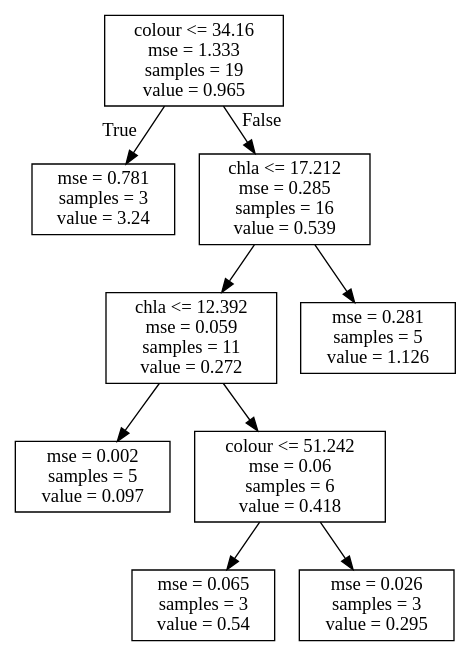
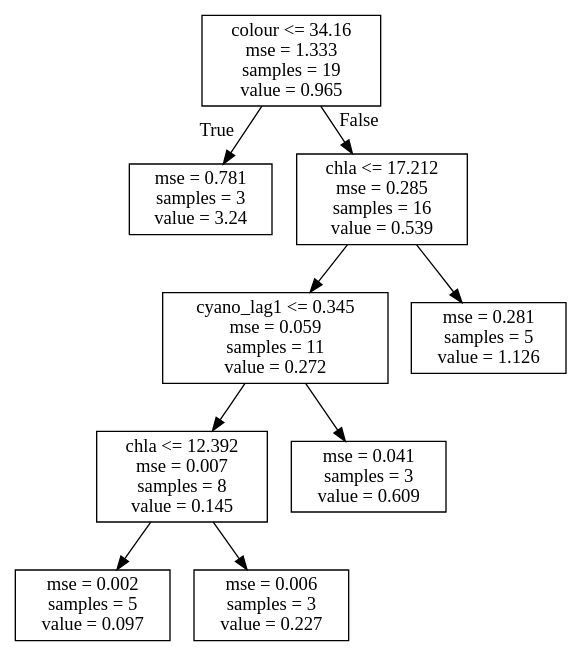
One commit to icra/WATExR changed the diagram in Norway_Morsa/Model_Development/Figures/Discretization_regTrees/AllVarsTogether/DotFiles/aut_Cyano.dot. Above: the diagram before and after it, drawn with Graphviz. The commit also changed 3 other files, not shown here.

```diff
--- a/Norway_Morsa/Model_Development/Figures/Discretization_regTrees/AllVarsTogether/DotFiles/aut_Cyano.dot
+++ b/Norway_Morsa/Model_Development/Figures/Discretization_regTrees/AllVarsTogether/DotFiles/aut_Cyano.dot
@@ -1,20 +1,20 @@
 digraph Tree {
 node [shape=box] ;
 0 [label="colour <= 34.16\nmse = 1.333\nsamples = 19\nvalue = 0.965"] ;
 1 [label="mse = 0.781\nsamples = 3\nvalue = 3.24"] ;
 0 -> 1 [labeldistance=2.5, labelangle=45, headlabel="True"] ;
 2 [label="chla <= 17.212\nmse = 0.285\nsamples = 16\nvalue = 0.539"] ;
 0 -> 2 [labeldistance=2.5, labelangle=-45, headlabel="False"] ;
-3 [label="chla <= 12.392\nmse = 0.059\nsamples = 11\nvalue = 0.272"] ;
+3 [label="cyano_lag1 <= 0.345\nmse = 0.059\nsamples = 11\nvalue = 0.272"] ;
 2 -> 3 ;
-5 [label="mse = 0.002\nsamples = 5\nvalue = 0.097"] ;
+5 [label="chla <= 12.392\nmse = 0.007\nsamples = 8\nvalue = 0.145"] ;
 3 -> 5 ;
-6 [label="colour <= 51.242\nmse = 0.06\nsamples = 6\nvalue = 0.418"] ;
+7 [label="mse = 0.002\nsamples = 5\nvalue = 0.097"] ;
+5 -> 7 ;
+8 [label="mse = 0.006\nsamples = 3\nvalue = 0.227"] ;
+5 -> 8 ;
+6 [label="mse = 0.041\nsamples = 3\nvalue = 0.609"] ;
 3 -> 6 ;
-7 [label="mse = 0.065\nsamples = 3\nvalue = 0.54"] ;
-6 -> 7 ;
-8 [label="mse = 0.026\nsamples = 3\nvalue = 0.295"] ;
-6 -> 8 ;
 4 [label="mse = 0.281\nsamples = 5\nvalue = 1.126"] ;
 2 -> 4 ;
 }
```
